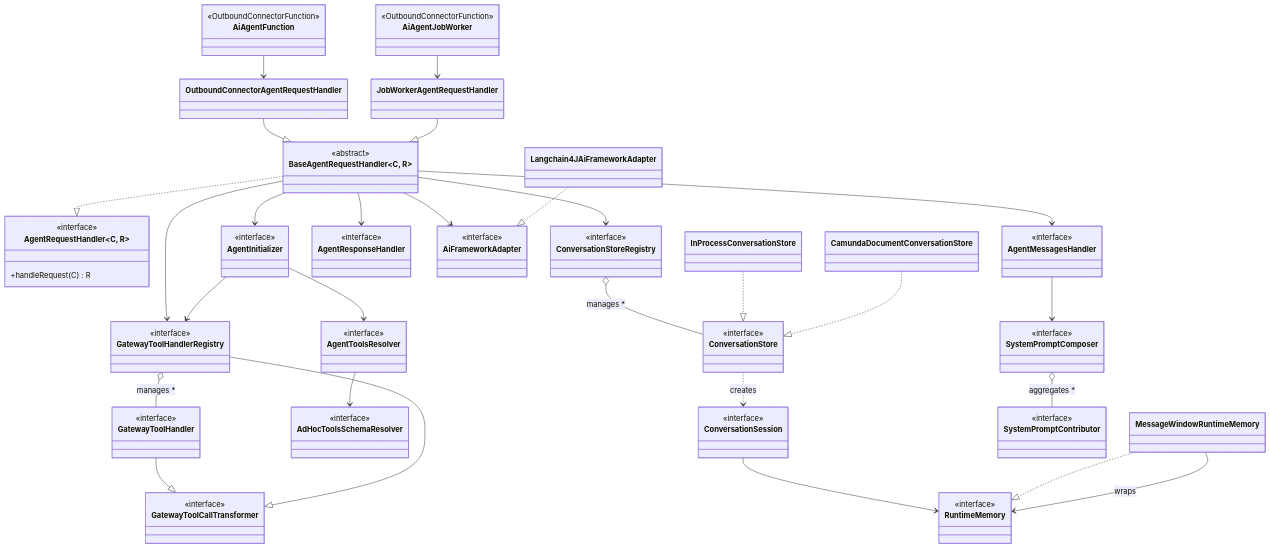
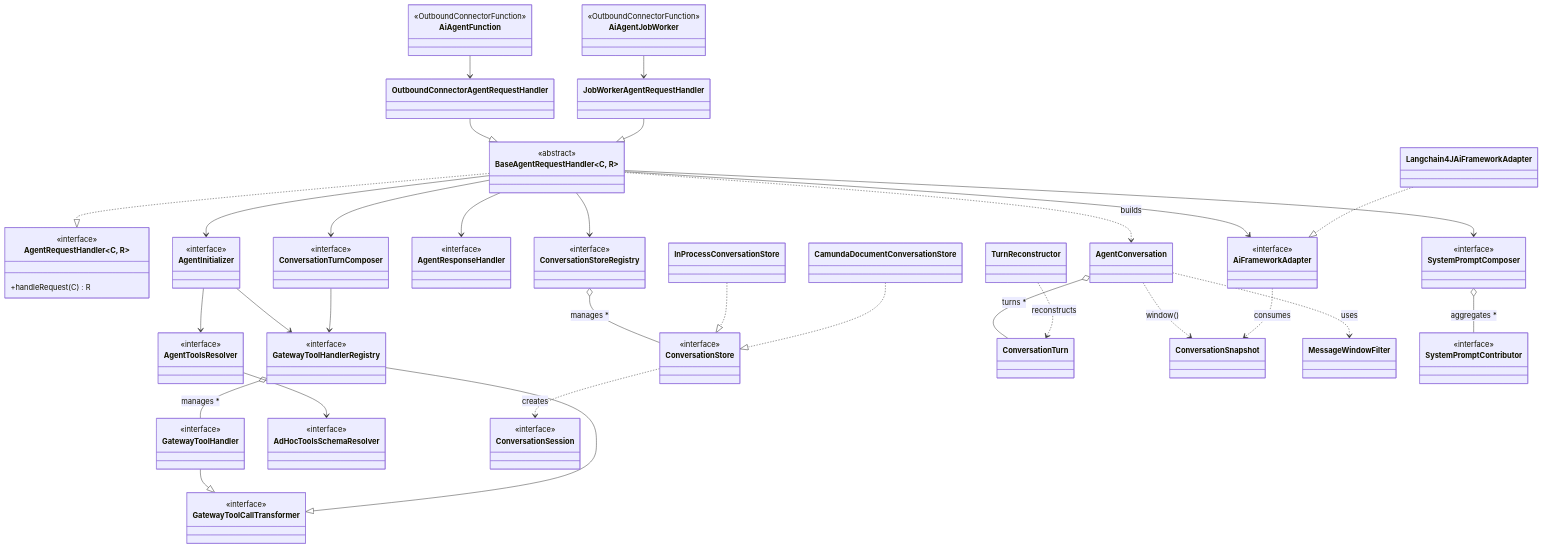
One commit to camunda/connectors changed the diagram in connectors/agentic-ai/docs/reference/ai-agent.md. Above: the diagram before and after it, drawn with Mermaid. The commit also changed other lines of this file and 2 other files, not shown here.

First line of the commit message:
docs(agentic-ai): align ADR 007, AGENTS.md and ai-agent.md with current code

```diff
--- a/connectors/agentic-ai/docs/reference/ai-agent.md
+++ b/connectors/agentic-ai/docs/reference/ai-agent.md
@@ -1132,7 +1183,7 @@
     class AgentInitializer {
         <<interface>>
     }
-    class AgentMessagesHandler {
+    class ConversationTurnComposer {
         <<interface>>
     }
     class AgentResponseHandler {
@@ -1140,11 +1191,12 @@
     }
 
     BaseAgentRequestHandler --> AgentInitializer
-    BaseAgentRequestHandler --> AgentMessagesHandler
+    BaseAgentRequestHandler --> ConversationTurnComposer
     BaseAgentRequestHandler --> AiFrameworkAdapter
     BaseAgentRequestHandler --> AgentResponseHandler
     BaseAgentRequestHandler --> ConversationStoreRegistry
-    BaseAgentRequestHandler --> GatewayToolHandlerRegistry
+    BaseAgentRequestHandler --> SystemPromptComposer
+    BaseAgentRequestHandler ..> AgentConversation : builds
 
     %% --- Gateway tool SPI ---
     class GatewayToolCallTransformer {
@@ -1183,10 +1235,6 @@
     class ConversationSession {
         <<interface>>
     }
-    class RuntimeMemory {
-        <<interface>>
-    }
-    class MessageWindowRuntimeMemory
     class InProcessConversationStore
     class CamundaDocumentConversationStore
 
@@ -1194,9 +1242,19 @@
     InProcessConversationStore ..|> ConversationStore
     CamundaDocumentConversationStore ..|> ConversationStore
     ConversationStore ..> ConversationSession : creates
-    ConversationSession --> RuntimeMemory
-    MessageWindowRuntimeMemory ..|> RuntimeMemory
-    MessageWindowRuntimeMemory --> RuntimeMemory : wraps
+
+    %% --- Turn aggregate ---
+    class AgentConversation
+    class ConversationTurn
+    class TurnReconstructor
+    class ConversationSnapshot
+    class MessageWindowFilter
+
+    AgentConversation o-- ConversationTurn : turns *
+    TurnReconstructor ..> ConversationTurn : reconstructs
+    AgentConversation ..> ConversationSnapshot : window()
+    AgentConversation ..> MessageWindowFilter : uses
+    AiFrameworkAdapter ..> ConversationSnapshot : consumes
 
     %% --- System prompt composition ---
     class SystemPromptComposer {
@@ -1206,7 +1264,7 @@
         <<interface>>
     }
 
-    AgentMessagesHandler --> SystemPromptComposer
+    ConversationTurnComposer --> GatewayToolHandlerRegistry
     SystemPromptComposer o-- SystemPromptContributor : aggregates *
 
     %% --- Framework abstraction ---
```
